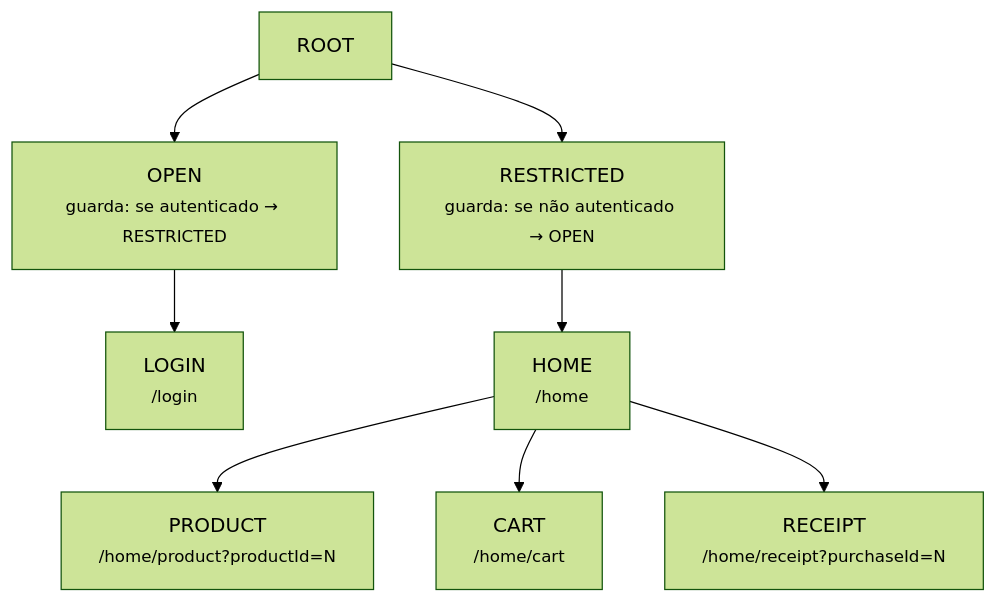
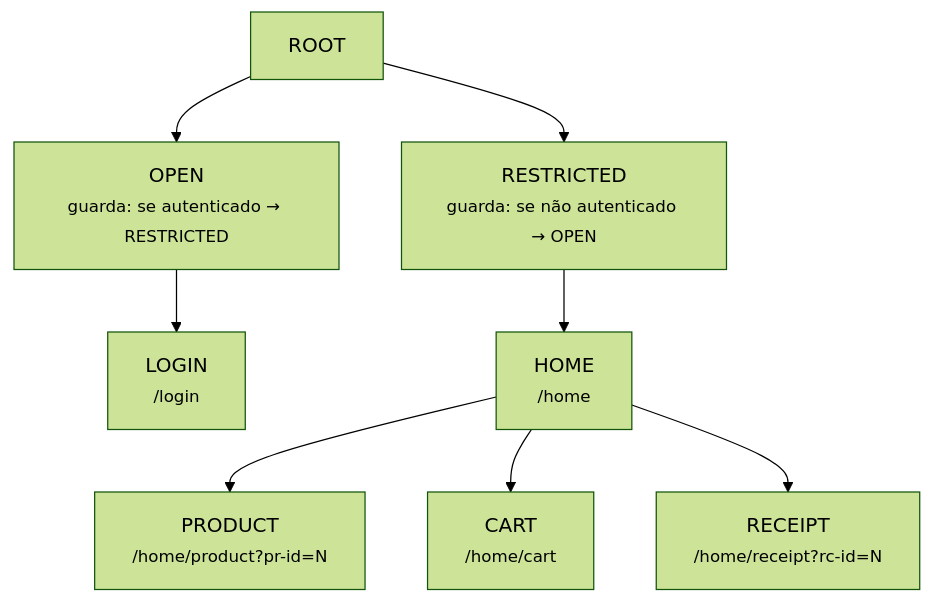
One commit to mrcdom/wdc-cube-java-v2 changed the second of 4 diagrams in docs/cube-mvp-arquitetura-multiplataforma.md. Above: the diagram before and after it, drawn with Mermaid (forest theme). The commit also changed other lines of this file and 36 other files, not shown here.

````diff
--- a/docs/cube-mvp-arquitetura-multiplataforma.md
+++ b/docs/cube-mvp-arquitetura-multiplataforma.md
@@ -258,11 +258,11 @@
 ```mermaid
 graph TD
     ROOT["ROOT"]
     ROOT --> OPEN["OPEN<br/><small>guarda: se autenticado → RESTRICTED</small>"]
     ROOT --> RESTRICTED["RESTRICTED<br/><small>guarda: se não autenticado → OPEN</small>"]
     OPEN --> LOGIN["LOGIN<br/><small>/login</small>"]
     RESTRICTED --> HOME["HOME<br/><small>/home</small>"]
-    HOME --> PRODUCT["PRODUCT<br/><small>/home/product?productId=N</small>"]
+    HOME --> PRODUCT["PRODUCT<br/><small>/home/product?pr-id=N</small>"]
     HOME --> CART["CART<br/><small>/home/cart</small>"]
-    HOME --> RECEIPT["RECEIPT<br/><small>/home/receipt?purchaseId=N</small>"]
+    HOME --> RECEIPT["RECEIPT<br/><small>/home/receipt?rc-id=N</small>"]
 ```
````
